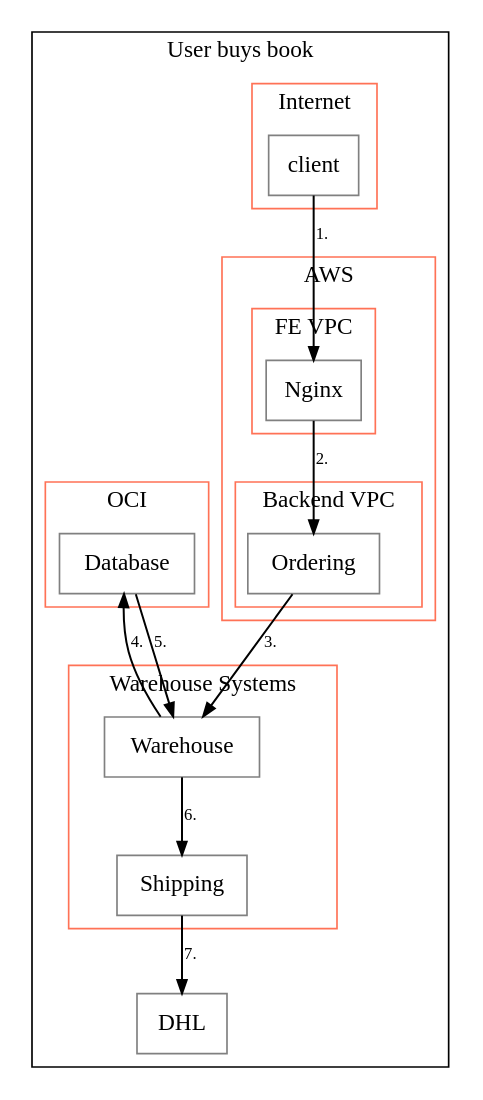
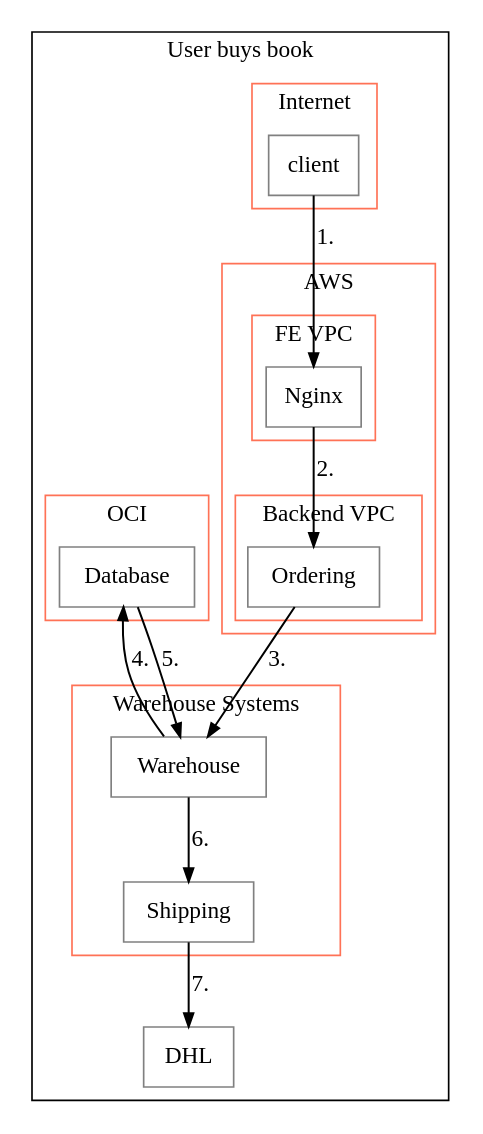
The diagram in examples/output/User buys book.dot (hyakuhei/ltm), drawn with Graphviz before and after one commit. The commit also changed 9 other files, not shown here.

```diff
--- a/examples/output/User buys book.dot
+++ b/examples/output/User buys book.dot
@@ -1,45 +1,45 @@
 digraph G {
 compound=true;
     subgraph cluster1 {
     label="User buys book";
     color="Black";
         node14 [label="DHL" shape="box", margin="0.1", color="Grey"];
         subgraph cluster2 {
         label="AWS";
         color="Coral1";
             subgraph cluster3 {
             label="FE VPC";
             color="Coral1";
                 node4 [label="Nginx" shape="box", margin="0.1", color="Grey"];
             }
             subgraph cluster7 {
             label="Backend VPC";
             color="Coral1";
                 node8 [label="Ordering" shape="box", margin="0.1", color="Grey"];
             }
         }
         subgraph cluster5 {
         label="Internet";
         color="Coral1";
             node6 [label="client" shape="box", margin="0.1", color="Grey"];
         }
         subgraph cluster9 {
         label="Warehouse Systems";
         color="Coral1";
             node10 [label="Warehouse" shape="box", margin="0.1", color="Grey"];
             node13 [label="Shipping" shape="box", margin="0.1", color="Grey"];
         }
         subgraph cluster11 {
         label="OCI";
         color="Coral1";
             node12 [label="Database" shape="box", margin="0.1", color="Grey"];
         }
     }
-node6->node4 [label="1." fontsize="10",penwidth="1.2",arrowsize="0.8"];
-node4->node8 [label="2." fontsize="10",penwidth="1.2",arrowsize="0.8"];
-node8->node10 [label="3." fontsize="10",penwidth="1.2",arrowsize="0.8"];
-node10->node12 [label="4." fontsize="10",penwidth="1.2",arrowsize="0.8"];
-node12->node10 [label="5." fontsize="10",penwidth="1.2",arrowsize="0.8"];
-node10->node13 [label="6." fontsize="10",penwidth="1.2",arrowsize="0.8"];
-node13->node14 [label="7." fontsize="10",penwidth="1.2",arrowsize="0.8"];
+node6->node4 [label="1." fontsize="14",penwidth="1.2",arrowsize="0.8"];
+node4->node8 [label="2." fontsize="14",penwidth="1.2",arrowsize="0.8"];
+node8->node10 [label="3." fontsize="14",penwidth="1.2",arrowsize="0.8"];
+node10->node12 [label="4." fontsize="14",penwidth="1.2",arrowsize="0.8"];
+node12->node10 [label="5." fontsize="14",penwidth="1.2",arrowsize="0.8"];
+node10->node13 [label="6." fontsize="14",penwidth="1.2",arrowsize="0.8"];
+node13->node14 [label="7." fontsize="14",penwidth="1.2",arrowsize="0.8"];
 }
```
